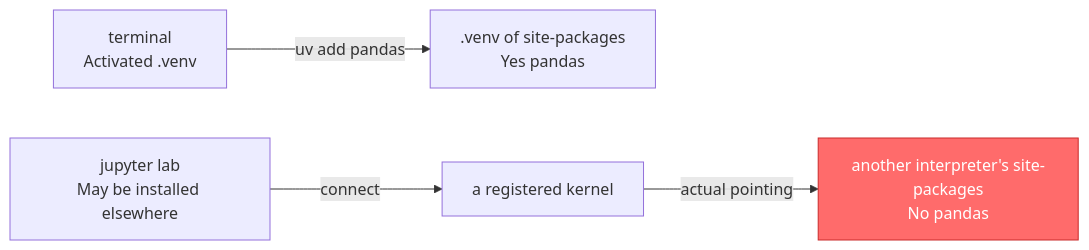
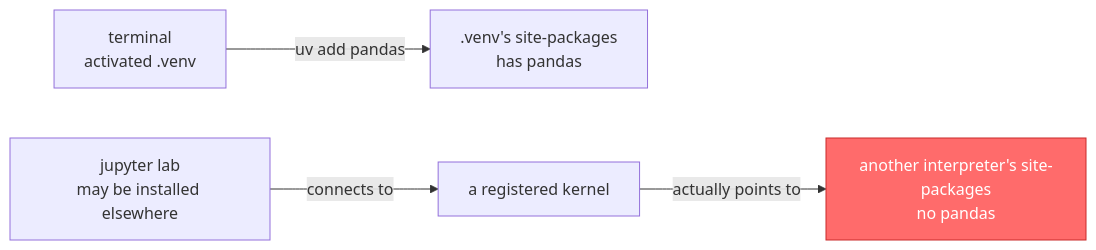
One commit to TingdeLiu/tingdeliu.github.io changed the fourth of 22 diagrams in _translations/en/research/Python-Engineering-Survey.md. Above: the diagram before and after it, drawn with Mermaid. The commit also changed other lines of this file and 51 other files, not shown here.

````diff
--- a/_translations/en/research/Python-Engineering-Survey.md
+++ b/_translations/en/research/Python-Engineering-Survey.md
@@ -247,7 +247,7 @@
 ```mermaid
 flowchart LR
-    T["terminal<br/>Activated .venv"] -->|"uv add pandas"| SP1[".venv of site-packages<br/>Yes pandas"]
-    J["jupyter lab<br/>May be installed elsewhere"] -->|"connect"| K["a registered kernel"]
-    K -->|"actual pointing"| SP2["another interpreter's site-packages<br/>No pandas"]
+    T["terminal<br/>activated .venv"] -->|"uv add pandas"| SP1[".venv's site-packages<br/>has pandas"]
+    J["jupyter lab<br/>may be installed elsewhere"] -->|"connects to"| K["a registered kernel"]
+    K -->|"actually points to"| SP2["another interpreter's site-packages<br/>no pandas"]
     style SP2 fill:#ff6b6b,stroke:#c92a2a,color:#fff
 ```
````
